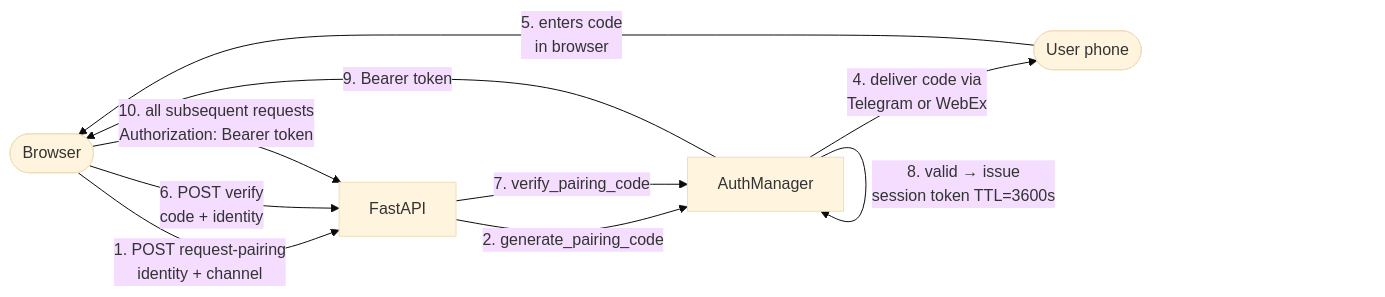
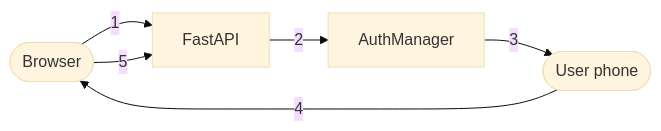
Before and after one commit to Vorce-Studios/Vorce: the fifth of 5 diagrams in ARCHITECTURE.md, drawn with Mermaid (base theme). The commit also changed other lines of this file, not shown here.

Commit message:
docs: radical simplification of ARCHITECTURE.md to satisfy markdownlint

````diff
--- a/ARCHITECTURE.md
+++ b/ARCHITECTURE.md
@@ -239,13 +171,8 @@
 ```mermaid
 flowchart LR
-    A([Browser]) -->|1. POST request-pairing\nidentity + channel| B[FastAPI]
-    B -->|2. generate_pairing_code| C[AuthManager]
-    C -->|3. 6-digit code stored\nTTL=300s| C
-    C -->|4. deliver code via\nTelegram or WebEx| D([User phone])
-    D -->|5. enters code\nin browser| A
-    A -->|6. POST verify\ncode + identity| B
-    B -->|7. verify_pairing_code| C
-    C -->|8. valid → issue\nsession token TTL=3600s| C
-    C -->|9. Bearer token| A
-    A -->|10. all subsequent requests\nAuthorization: Bearer token| B
+    A([Browser]) -->|1| B[FastAPI]
+    B -->|2| C[AuthManager]
+    C -->|3| D([User phone])
+    D -->|4| A
+    A -->|5| B
 ```
````
